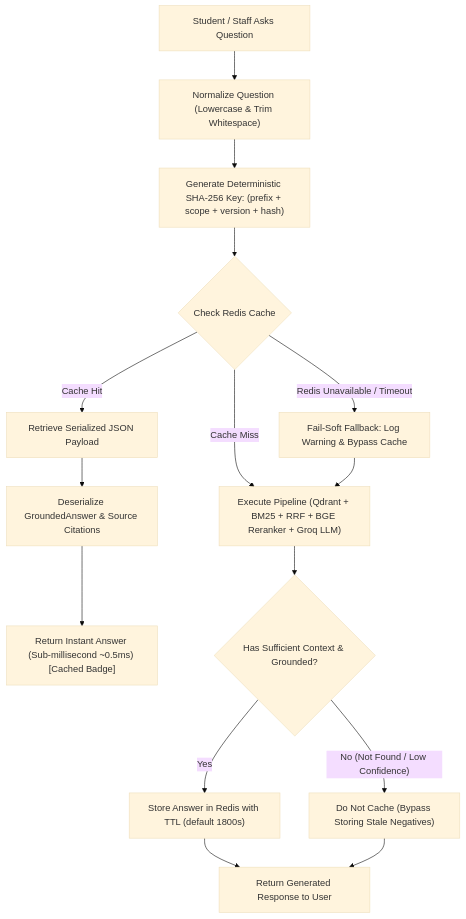
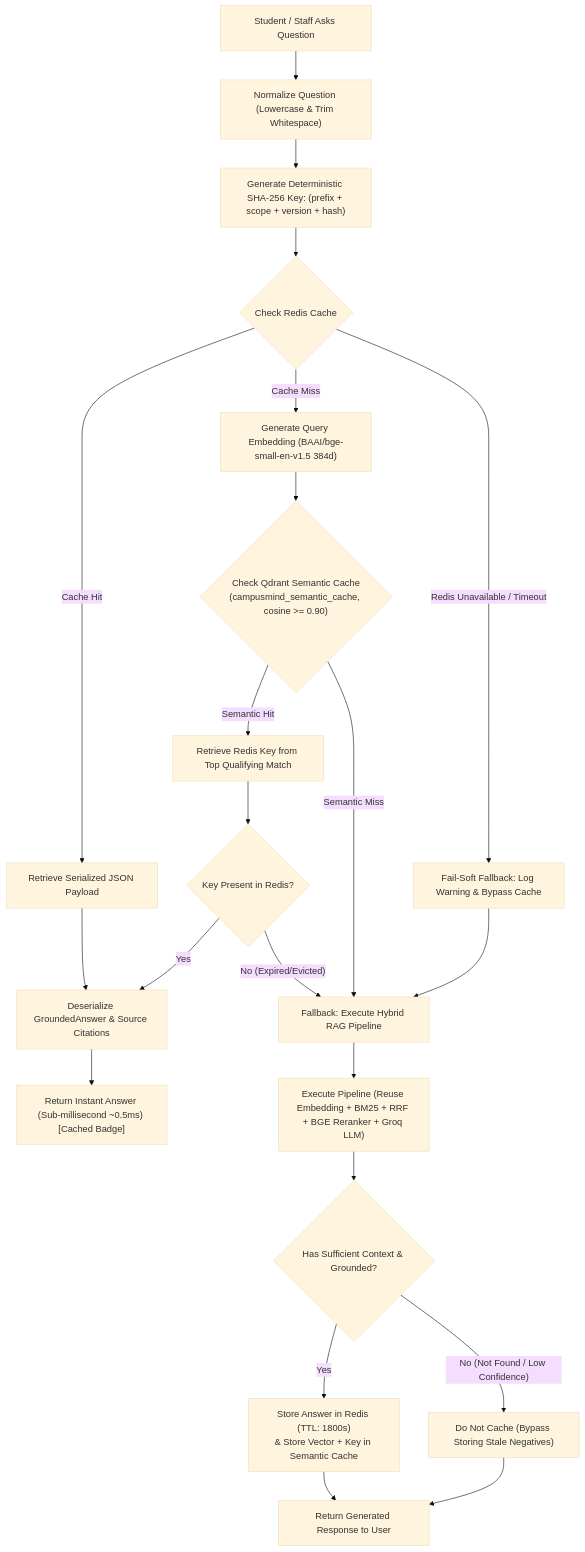
The second of 2 diagrams in README.md (Icog-projects/CampusMind-AI), drawn with Mermaid (base theme) before and after one commit. The commit also changed other lines of this file, not shown here.

Commit message:
docs: update README with semantic caching architecture and test count

````diff
--- a/README.md
+++ b/README.md
@@ -244,20 +245,30 @@
 ```mermaid
 flowchart TD
     Q["Student / Staff Asks Question"] --> N["Normalize Question (Lowercase & Trim Whitespace)"]
     N --> K["Generate Deterministic SHA-256 Key: (prefix + scope + version + hash)"]
     K --> R{"Check Redis Cache"}
     
     R -->|"Cache Hit"| H["Retrieve Serialized JSON Payload"]
     H --> D["Deserialize GroundedAnswer & Source Citations"]
     D --> B["Return Instant Answer (Sub-millisecond ~0.5ms) [Cached Badge]"]
     
-    R -->|"Cache Miss"| M["Execute Pipeline (Qdrant + BM25 + RRF + BGE Reranker + Groq LLM)"]
+    R -->|"Cache Miss"| E["Generate Query Embedding (BAAI/bge-small-en-v1.5 384d)"]
+    E --> SC{"Check Qdrant Semantic Cache\n(campusmind_semantic_cache, cosine >= 0.90)"}
+    
+    SC -->|"Semantic Hit"| SH["Retrieve Redis Key from Top Qualifying Match"]
+    SH --> RK{"Key Present in Redis?"}
+    RK -->|"Yes"| D
+    RK -->|"No (Expired/Evicted)"| HR["Fallback: Execute Hybrid RAG Pipeline"]
+    
+    SC -->|"Semantic Miss"| HR
     R -->|"Redis Unavailable / Timeout"| F["Fail-Soft Fallback: Log Warning & Bypass Cache"]
-    F --> M
+    F --> HR
+    
+    HR --> M["Execute Pipeline (Reuse Embedding + BM25 + RRF + BGE Reranker + Groq LLM)"]
     
     M --> C{"Has Sufficient Context & Grounded?"}
-    C -->|"Yes"| S["Store Answer in Redis with TTL (default 1800s)"]
+    C -->|"Yes"| S["Store Answer in Redis (TTL: 1800s)\n& Store Vector + Key in Semantic Cache"]
     C -->|"No (Not Found / Low Confidence)"| NO["Do Not Cache (Bypass Storing Stale Negatives)"]
     S --> RET["Return Generated Response to User"]
     NO --> RET
 ```
````
